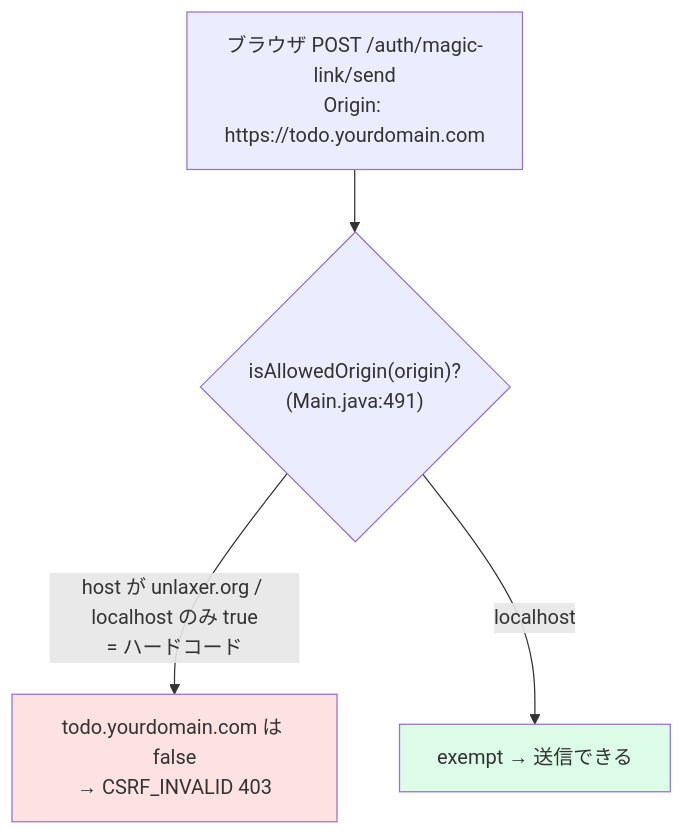
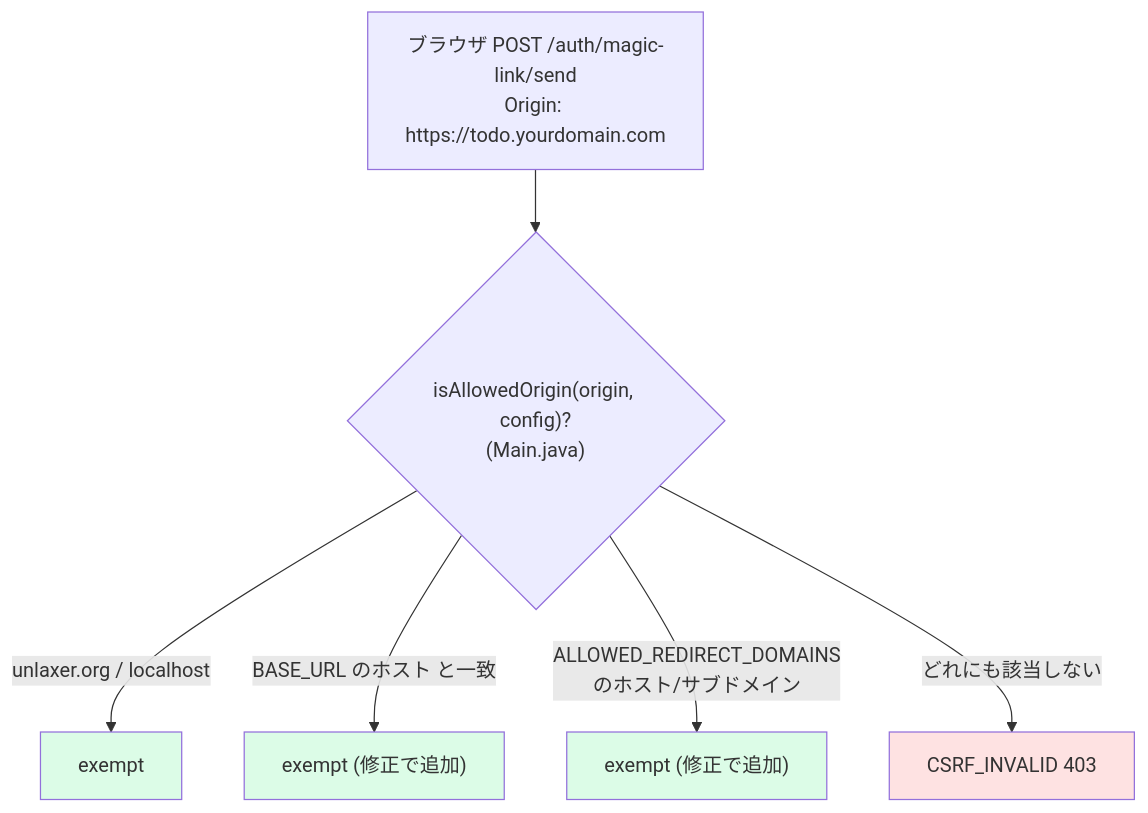
Before and after one commit to opaopa6969/auth-integration: the first of 2 diagrams in 29-本番運用に向けた残課題.md, drawn with Mermaid. The commit also changed other lines of this file and 3 other files, not shown here.

````diff
--- a/29-本番運用に向けた残課題.md
+++ b/29-本番運用に向けた残課題.md
@@ -33,8 +35,12 @@
 ```mermaid
 flowchart TD
-    POST["ブラウザ POST /auth/magic-link/send<br/>Origin: https://todo.yourdomain.com"] --> CHK{"isAllowedOrigin(origin)?<br/>(Main.java:491)"}
-    CHK -->|"host が unlaxer.org / localhost のみ true<br/>= ハードコード"| NG["todo.yourdomain.com は false<br/>→ CSRF_INVALID 403"]
-    CHK -->|"localhost"| OK["exempt → 送信できる"]
+    POST["ブラウザ POST /auth/magic-link/send<br/>Origin: https://todo.yourdomain.com"] --> CHK{"isAllowedOrigin(origin, config)?<br/>(Main.java)"}
+    CHK -->|"unlaxer.org / localhost"| OK1["exempt"]
+    CHK -->|"BASE_URL のホスト と一致"| OK2["exempt (修正で追加)"]
+    CHK -->|"ALLOWED_REDIRECT_DOMAINS<br/>のホスト/サブドメイン"| OK3["exempt (修正で追加)"]
+    CHK -->|"どれにも該当しない"| NG["CSRF_INVALID 403"]
+    style OK1 fill:#dcfce7
+    style OK2 fill:#dcfce7
+    style OK3 fill:#dcfce7
     style NG fill:#fee2e2
-    style OK fill:#dcfce7
 ```
````
